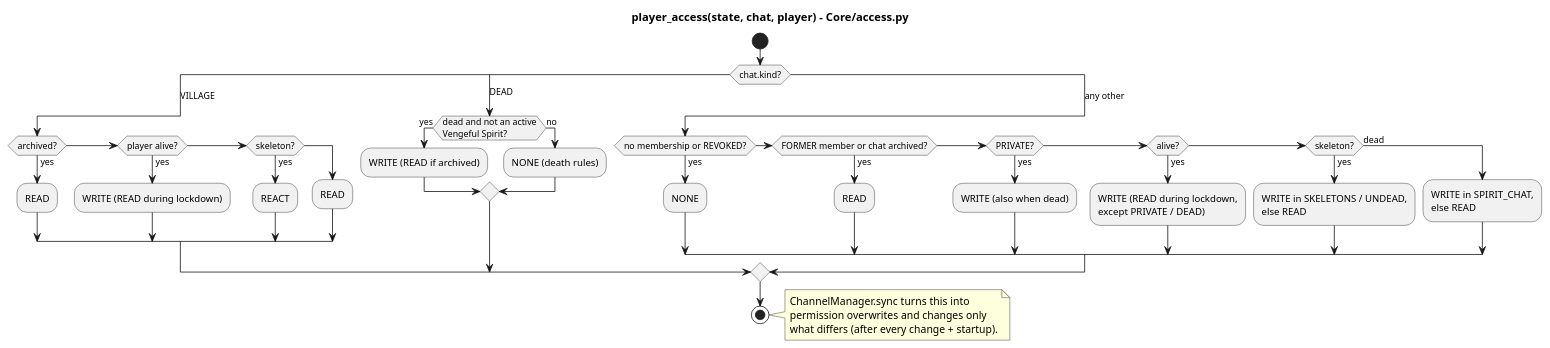
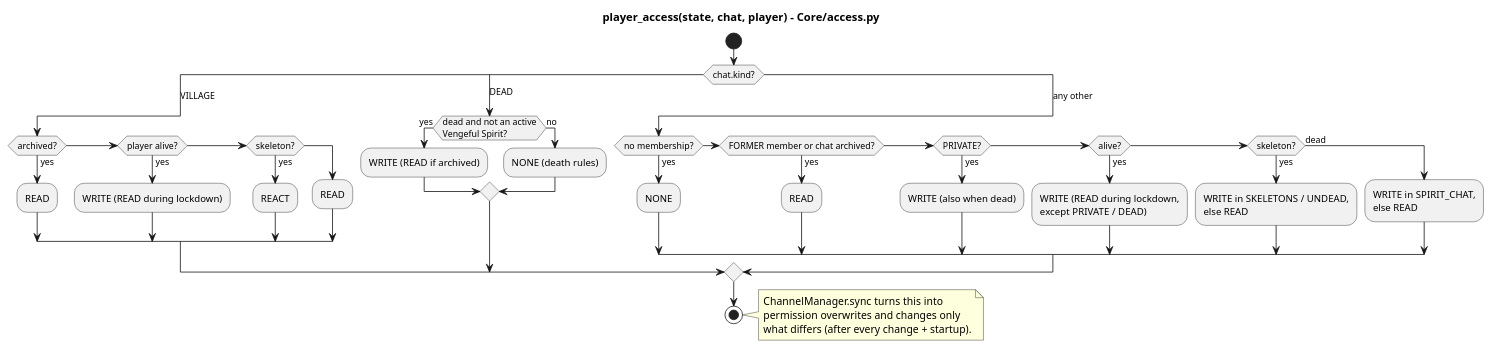
The diagram in Docs/diagrams/16-channel-access.puml (Mad-Scientist-Guild/Werewolves-bot), drawn with PlantUML before and after one commit. The commit also changed 87 other files, not shown here.

```diff
--- a/Docs/diagrams/16-channel-access.puml
+++ b/Docs/diagrams/16-channel-access.puml
@@ -1,44 +1,44 @@
 @startuml 16-channel-access
 title player_access(state, chat, player) - Core/access.py
 
 start
 switch (chat.kind?)
 case (VILLAGE)
   if (archived?) then (yes)
     :READ;
   elseif (player alive?) then (yes)
     :WRITE (READ during lockdown);
   elseif (skeleton?) then (yes)
     :REACT;
   else
     :READ;
   endif
 case (DEAD)
   if (dead and not an active\nVengeful Spirit?) then (yes)
     :WRITE (READ if archived);
   else (no)
     :NONE (death rules);
   endif
 case (any other)
-  if (no membership or REVOKED?) then (yes)
+  if (no membership?) then (yes)
     :NONE;
   elseif (FORMER member or chat archived?) then (yes)
     :READ;
   elseif (PRIVATE?) then (yes)
     :WRITE (also when dead);
   elseif (alive?) then (yes)
     :WRITE (READ during lockdown,\nexcept PRIVATE / DEAD);
   elseif (skeleton?) then (yes)
     :WRITE in SKELETONS / UNDEAD,\nelse READ;
   else (dead)
     :WRITE in SPIRIT_CHAT,\nelse READ;
   endif
 endswitch
 stop
 
 note right
   ChannelManager.sync turns this into
   permission overwrites and changes only
   what differs (after every change + startup).
 end note
 @enduml
```
